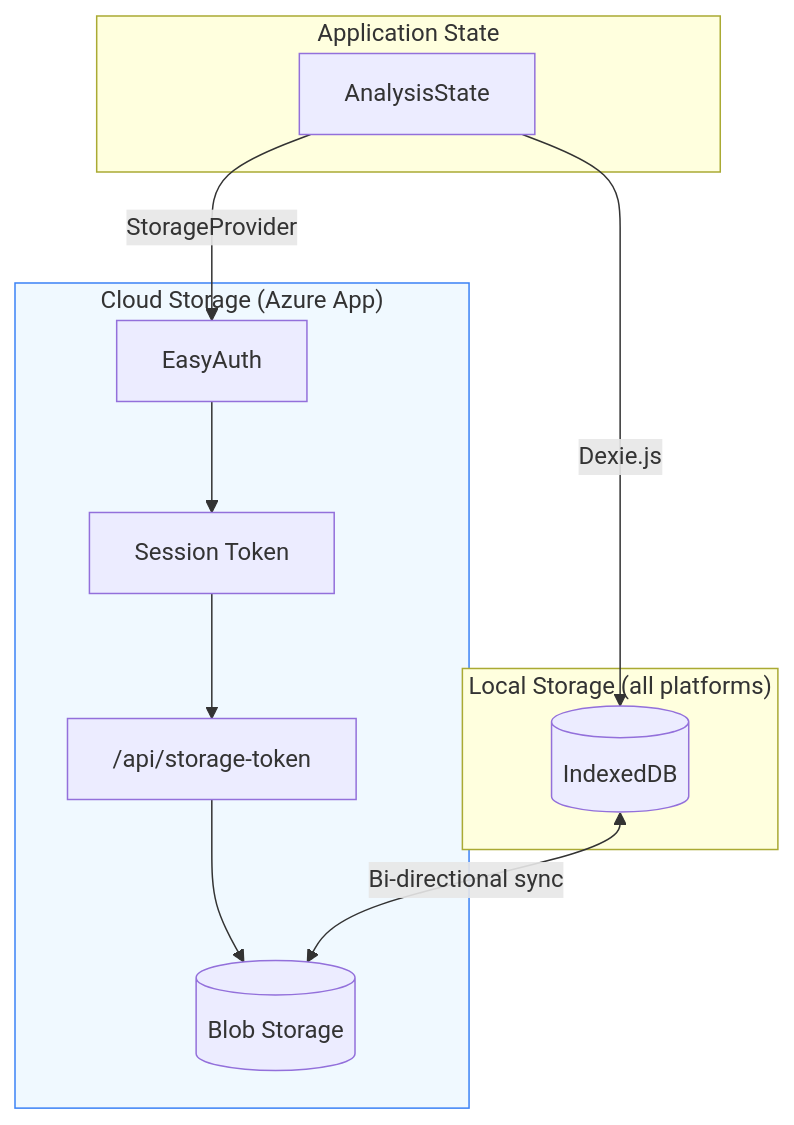
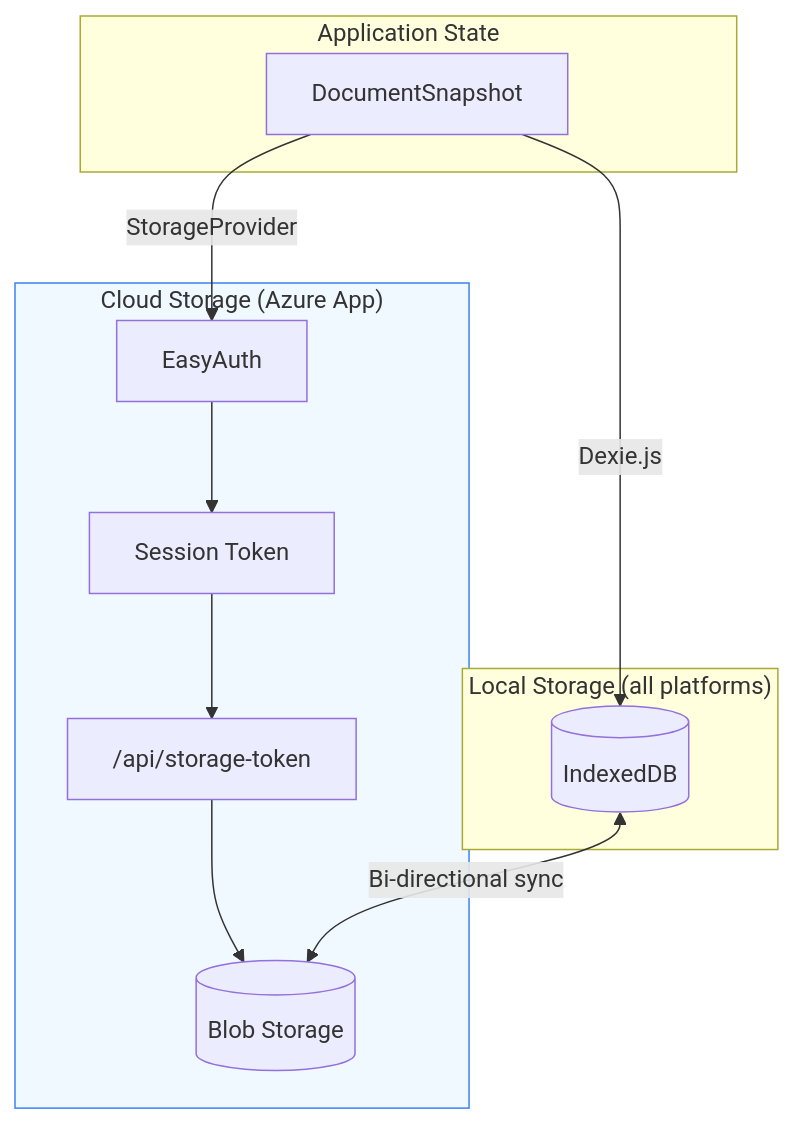
One commit to jukka-matti/variscout changed the fourth of 6 diagrams in docs/05-technical/architecture/data-pipeline-map.md. Above: the diagram before and after it, drawn with Mermaid. The commit also changed other lines of this file and 33 other files, not shown here.

Commit message:
Recalibrate refactoring roadmap docs

````diff
--- a/docs/05-technical/architecture/data-pipeline-map.md
+++ b/docs/05-technical/architecture/data-pipeline-map.md
@@ -384,22 +369,22 @@
 ```mermaid
 flowchart TB
     subgraph State["Application State"]
-        AS["AnalysisState"]
+        AS["DocumentSnapshot"]
     end
 
     subgraph Local["Local Storage (all platforms)"]
         IDB[("IndexedDB")]
     end
 
     subgraph Cloud["Cloud Storage (Azure App)"]
         EA["EasyAuth"] --> TK["Session Token"]
         TK --> STAPI["/api/storage-token"]
         STAPI --> OD[("Blob Storage")]
     end
 
     AS -->|"Dexie.js"| IDB
     AS -->|"StorageProvider"| EA
     IDB <-->|"Bi-directional sync"| OD
 
     style Cloud fill:#f0f9ff,stroke:#3b82f6
 ```
````
